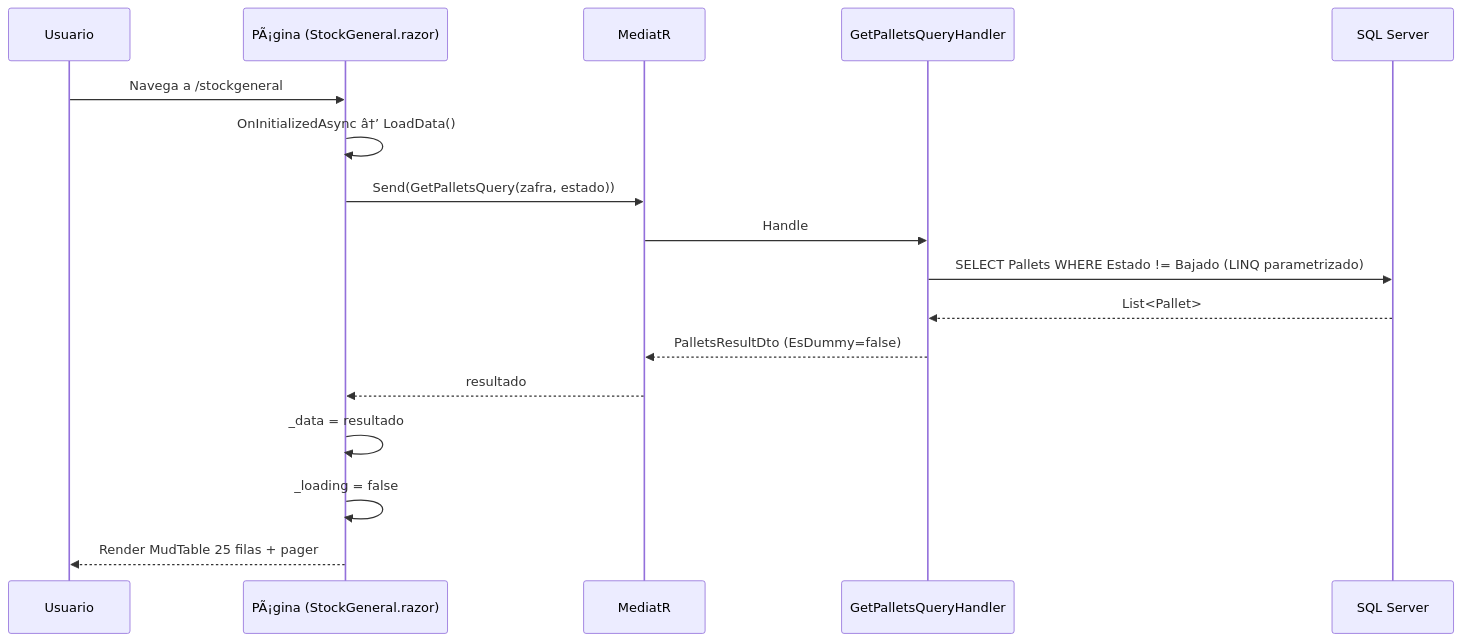
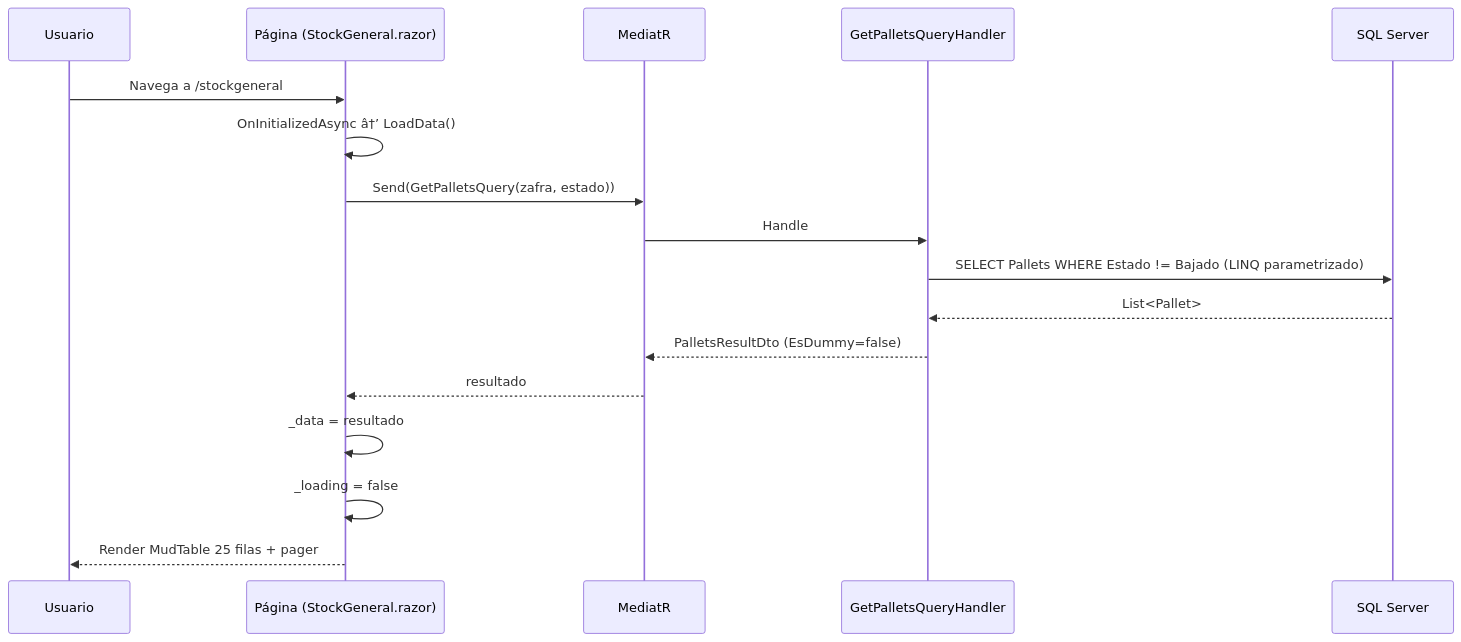
The third of 11 diagrams in docs/diagramas.md (adrian-silva-uy/guarino), drawn with Mermaid before and after one commit. The commit also changed other lines of this file and 21 other files, not shown here.

````diff
--- a/docs/diagramas.md
+++ b/docs/diagramas.md
@@ -94,20 +94,20 @@
 ```mermaid
 sequenceDiagram
     participant U as Usuario
-    participant P as PÃ¡gina (StockGeneral.razor)
+    participant P as Página (StockGeneral.razor)
     participant M as MediatR
     participant H as GetPalletsQueryHandler
     participant DB as SQL Server
 
     U->>P: Navega a /stockgeneral
     P->>P: OnInitializedAsync â†’ LoadData()
     P->>M: Send(GetPalletsQuery(zafra, estado))
     M->>H: Handle
     H->>DB: SELECT Pallets WHERE Estado != Bajado (LINQ parametrizado)
     DB-->>H: List<Pallet>
     H-->>M: PalletsResultDto (EsDummy=false)
     M-->>P: resultado
     P->>P: _data = resultado
     P->>P: _loading = false
     P-->>U: Render MudTable 25 filas + pager
 ```
````
